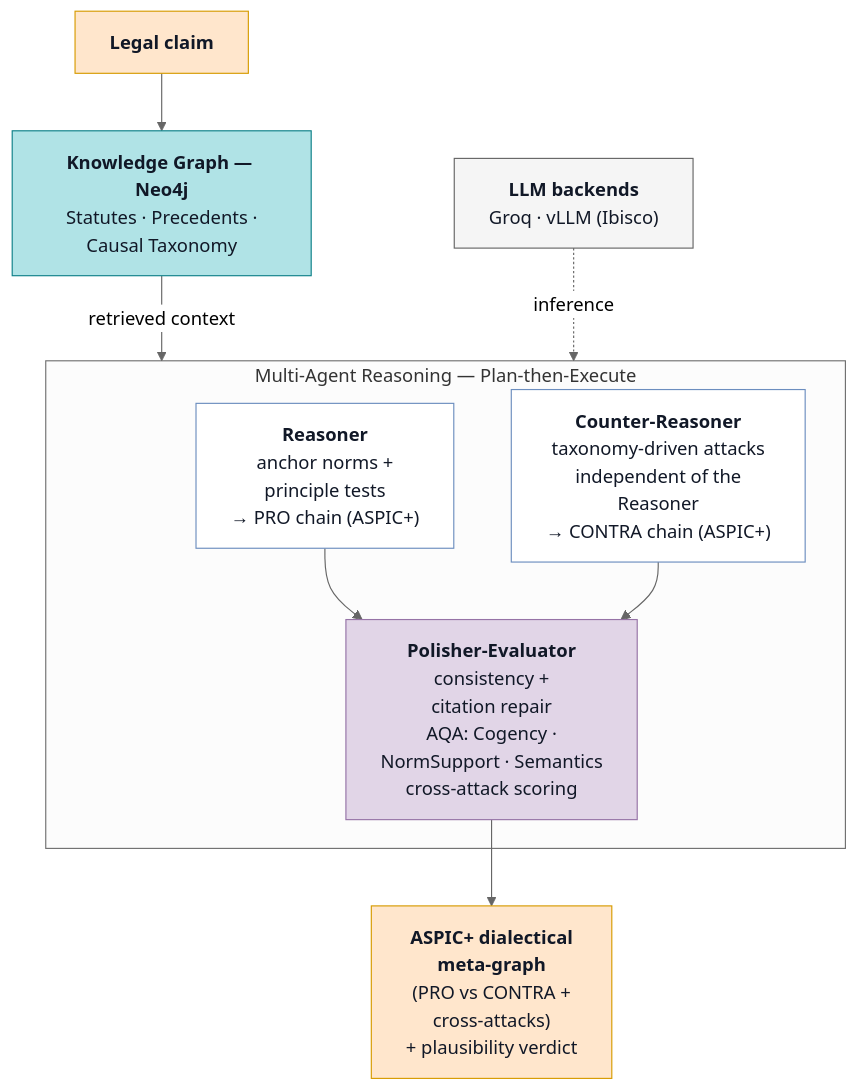
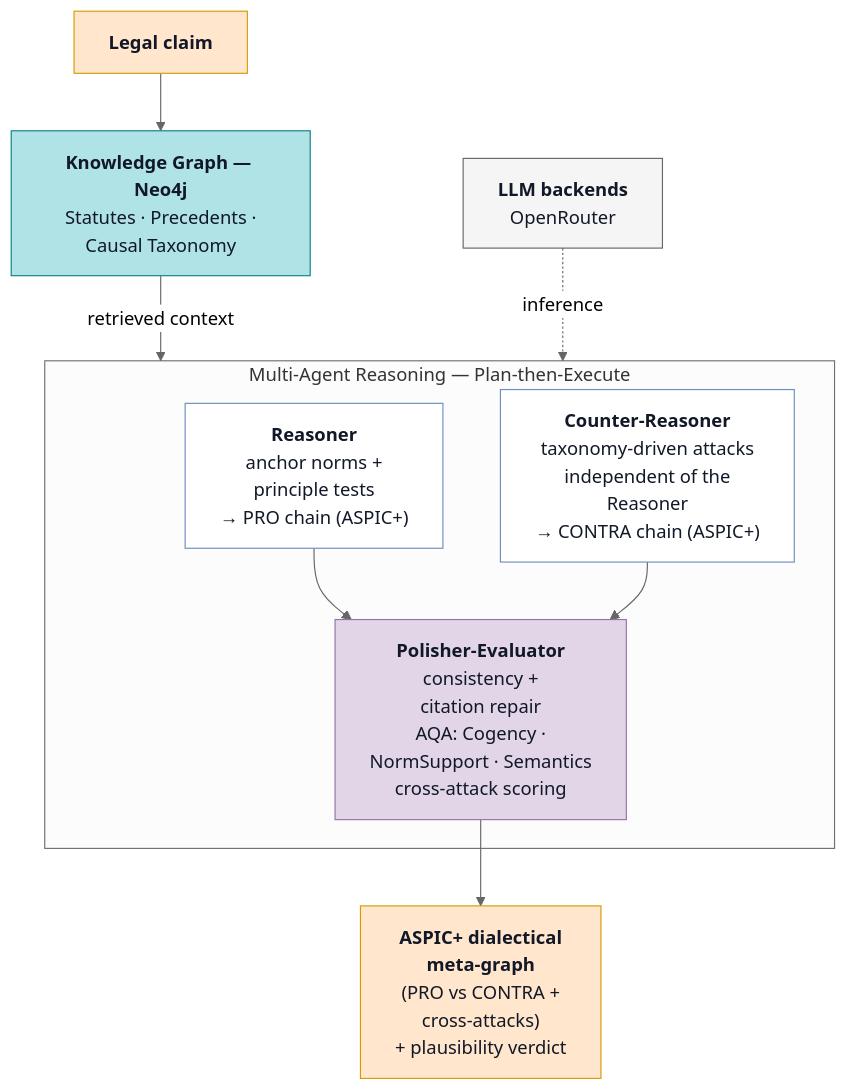
Before and after one commit to Leonard2310/LexCausa: the diagram in assets/lexcausa_architecture.mmd, drawn with Mermaid (neutral theme).

Commit message:
fix: update LLM backends to OpenRouter in architecture diagram

```diff
--- a/assets/lexcausa_architecture.mmd
+++ b/assets/lexcausa_architecture.mmd
@@ -1,45 +1,45 @@
 flowchart TB
   CLAIM["`**Legal claim**`"]
   KG["`**Knowledge Graph — Neo4j**
 Statutes · Precedents ·
 Causal Taxonomy`"]
   subgraph AG["Multi-Agent Reasoning — Plan-then-Execute"]
     REAS["`**Reasoner**
 anchor norms +
 principle tests
 → PRO chain (ASPIC+)`"]
     CNT["`**Counter-Reasoner**
 taxonomy-driven attacks
 independent of the
 Reasoner
 → CONTRA chain (ASPIC+)`"]
     POL["`**Polisher-Evaluator**
 consistency +
 citation repair
 AQA: Cogency ·
 NormSupport · Semantics
 cross-attack scoring`"]
     REAS --> POL
     CNT --> POL
   end
   LLM["`**LLM backends**
-Groq · vLLM (Ibisco)`"]
+OpenRouter`"]
   OUT["`**ASPIC+ dialectical
 meta-graph**
 (PRO vs CONTRA +
 cross-attacks)
 + plausibility verdict`"]
   CLAIM --> KG
   KG -->|retrieved context| AG
   POL --> OUT
   LLM -.->|inference| AG
   classDef io fill:#FFE6CC,stroke:#D79B00,color:#111827;
   classDef kg fill:#B0E3E6,stroke:#0E8088,color:#111827;
   classDef ag fill:#FFFFFF,stroke:#6C8EBF,color:#111827;
   classDef pol fill:#E1D5E7,stroke:#9673A6,color:#111827;
   classDef llm fill:#F5F5F5,stroke:#666666,color:#111827;
   class CLAIM,OUT io;
   class KG kg;
   class REAS,CNT ag;
   class POL pol;
   class LLM llm;
```
